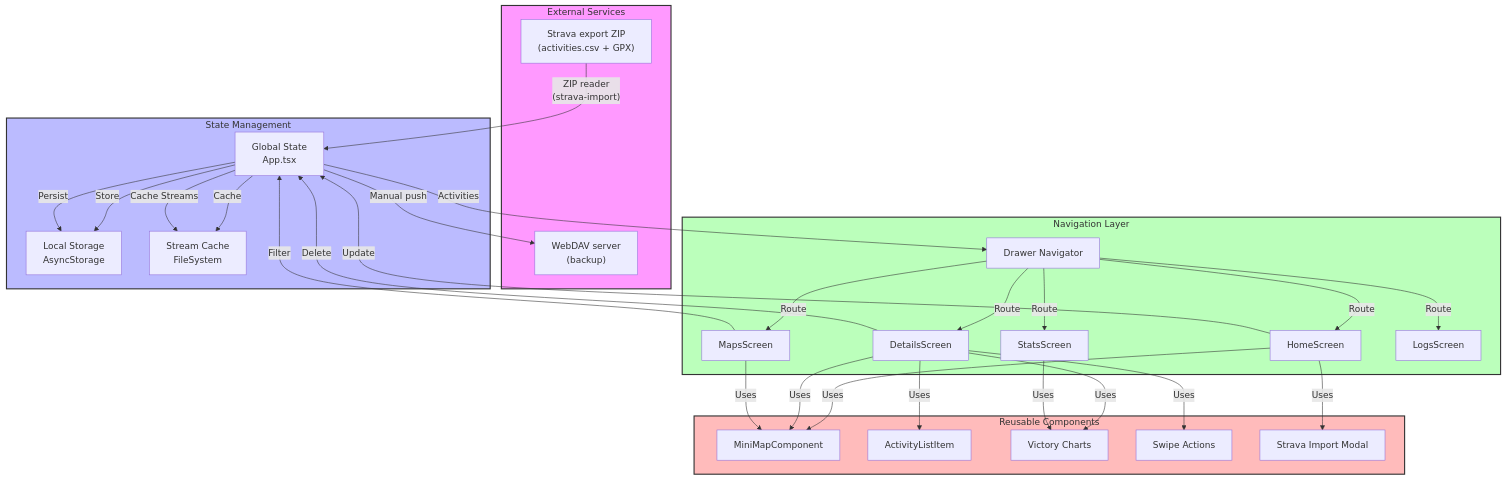
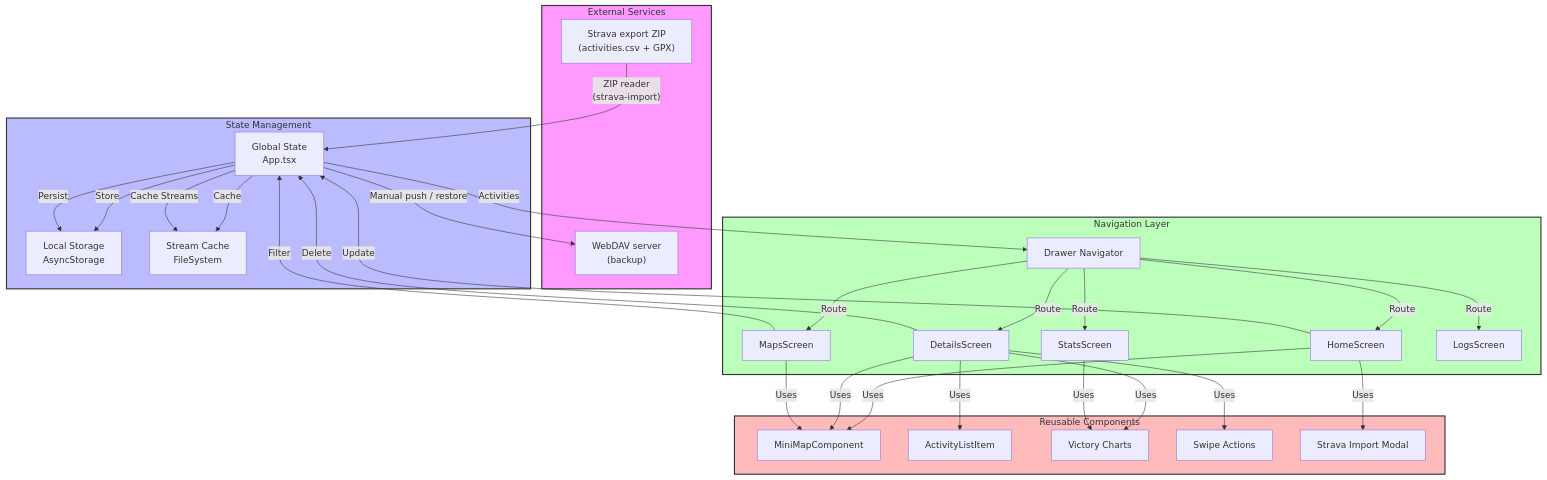
Before and after one commit to BrunoO/offline-fitness: the diagram in docs/architecture.md, drawn with Mermaid. The commit also changed other lines of this file and 13 other files, not shown here.

First line of the commit message:
feat(backup): namespace WebDAV backups by app and athlete profile

````diff
--- a/docs/architecture.md
+++ b/docs/architecture.md
@@ -19,68 +50,68 @@
 ```mermaid
 graph TB
     %% External Services
     subgraph External["External Services"]
         StravaArchive["Strava export ZIP<br/>(activities.csv + GPX)"]
         WebDav["WebDAV server<br/>(backup)"]
     end
 
     %% State Management
     subgraph State["State Management"]
         GlobalState["Global State<br/>App.tsx"]
         LocalStorage["Local Storage<br/>AsyncStorage"]
         StreamCache["Stream Cache<br/>FileSystem"]
     end
 
     %% Navigation
     subgraph Navigation["Navigation Layer"]
         DrawerNav["Drawer Navigator"]
         HomeScreen
         DetailsScreen
         MapsScreen
         StatsScreen
         LogsScreen
     end
 
     %% Components
     subgraph Components["Reusable Components"]
         MiniMap["MiniMapComponent"]
         ActivityList["ActivityListItem"]
         Charts["Victory Charts"]
         SwipeActions["Swipe Actions"]
         ImportModal["Strava Import Modal"]
     end
 
     %% Data Flow
     StravaArchive -->|"ZIP reader<br/>(strava-import)"| GlobalState
-    GlobalState -->|"Manual push"| WebDav
+    GlobalState -->|"Manual push / restore"| WebDav
     GlobalState -->|"Store"| LocalStorage
     GlobalState -->|"Cache"| StreamCache
     GlobalState -->|"Activities"| DrawerNav
     DrawerNav -->|"Route"| HomeScreen & DetailsScreen & MapsScreen & StatsScreen & LogsScreen
 
     %% Component Usage
     HomeScreen -->|"Uses"| MiniMap & ImportModal
     DetailsScreen -->|"Uses"| ActivityList & MiniMap & Charts & SwipeActions
     MapsScreen -->|"Uses"| MiniMap
     StatsScreen -->|"Uses"| Charts
 
     %% State Updates
     HomeScreen -->|"Update"| GlobalState
     DetailsScreen -->|"Delete"| GlobalState
     MapsScreen -->|"Filter"| GlobalState
 
     %% Data Storage
     GlobalState -->|"Persist"| LocalStorage
     GlobalState -->|"Cache Streams"| StreamCache
 
     %% Styling
     classDef external fill:#f9f,stroke:#333,stroke-width:2px
     classDef state fill:#bbf,stroke:#333,stroke-width:2px
     classDef nav fill:#bfb,stroke:#333,stroke-width:2px
     classDef component fill:#fbb,stroke:#333,stroke-width:2px
 
     class External external
     class State state
     class Navigation nav
     class Components component
 ```
````
